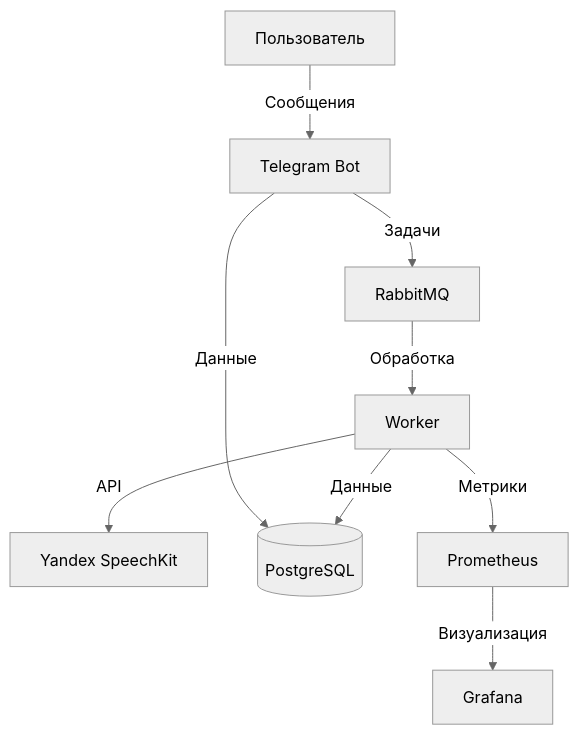
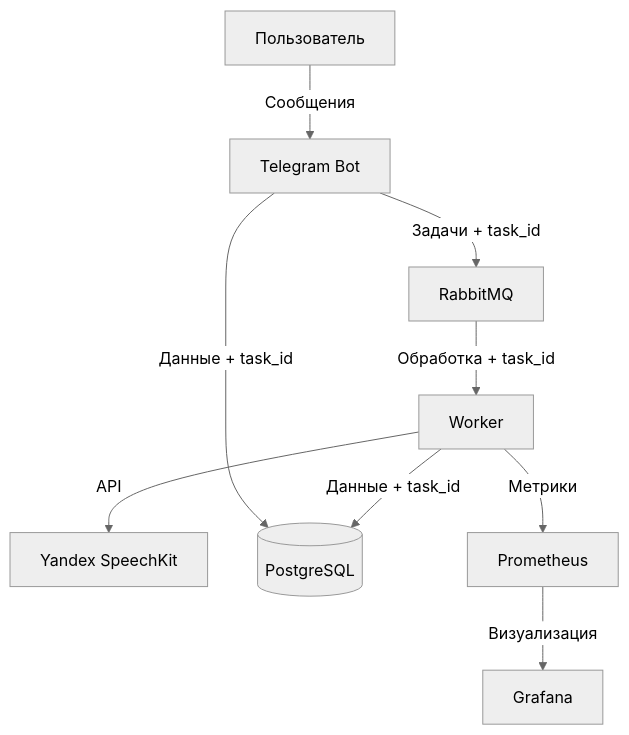
Before and after one commit to naumtsevalex/python_ml_billing_service: the first of 6 diagrams in DETAILS.md, drawn with Mermaid (neutral theme). The commit also changed other lines of this file, not shown here.

````diff
--- a/DETAILS.md
+++ b/DETAILS.md
@@ -5,11 +5,11 @@
 ```mermaid
 graph TD
     User[Пользователь] -->|Сообщения| Bot[Telegram Bot]
-    Bot -->|Задачи| RabbitMQ[RabbitMQ]
-    RabbitMQ -->|Обработка| Worker[Worker]
+    Bot -->|Задачи + task_id| RabbitMQ[RabbitMQ]
+    RabbitMQ -->|Обработка + task_id| Worker[Worker]
     Worker -->|API| Yandex[Yandex SpeechKit]
-    Bot -->|Данные| DB[(PostgreSQL)]
-    Worker -->|Данные| DB
+    Bot -->|Данные + task_id| DB[(PostgreSQL)]
+    Worker -->|Данные + task_id| DB
     Worker -->|Метрики| Prometheus[Prometheus]
     Prometheus -->|Визуализация| Grafana[Grafana]
 ```
````
